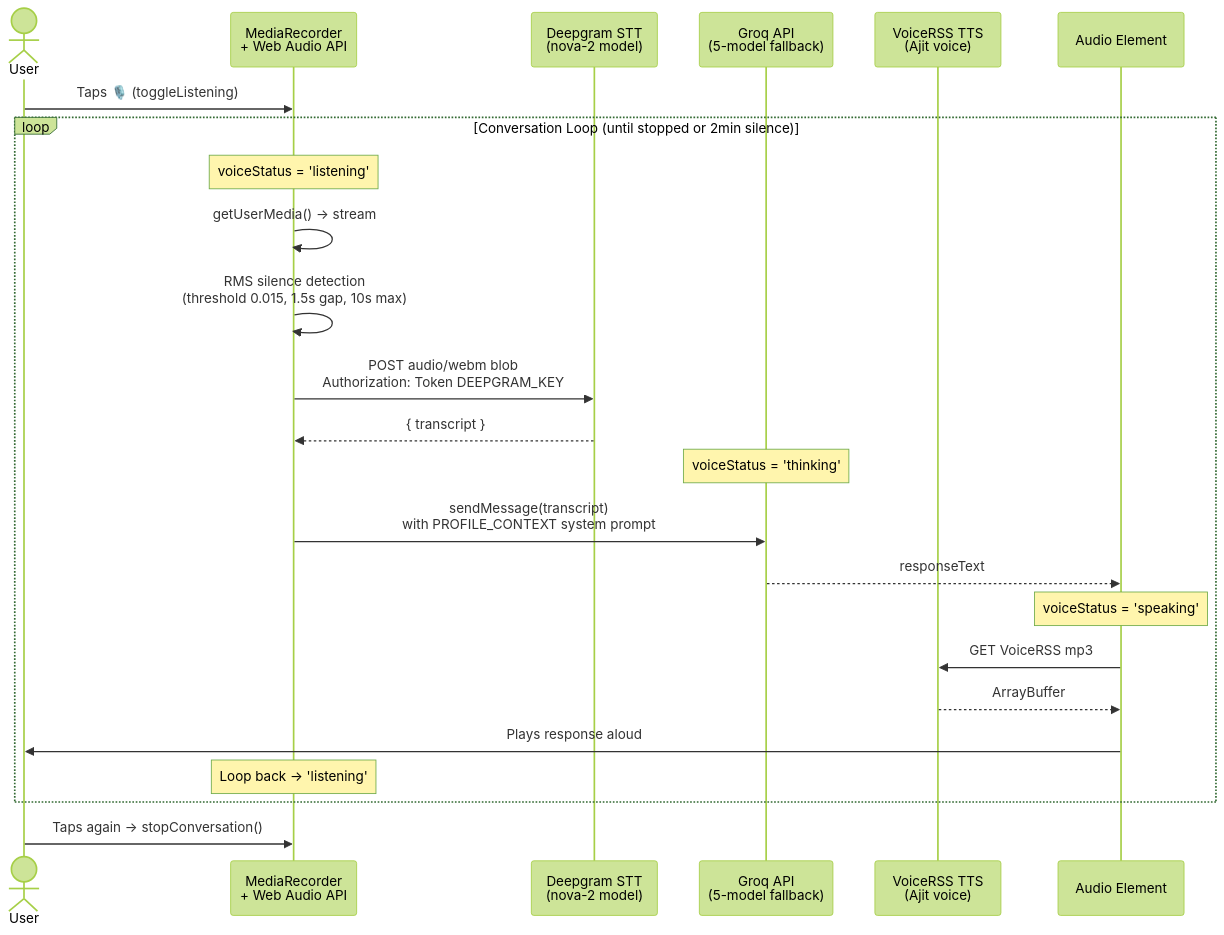
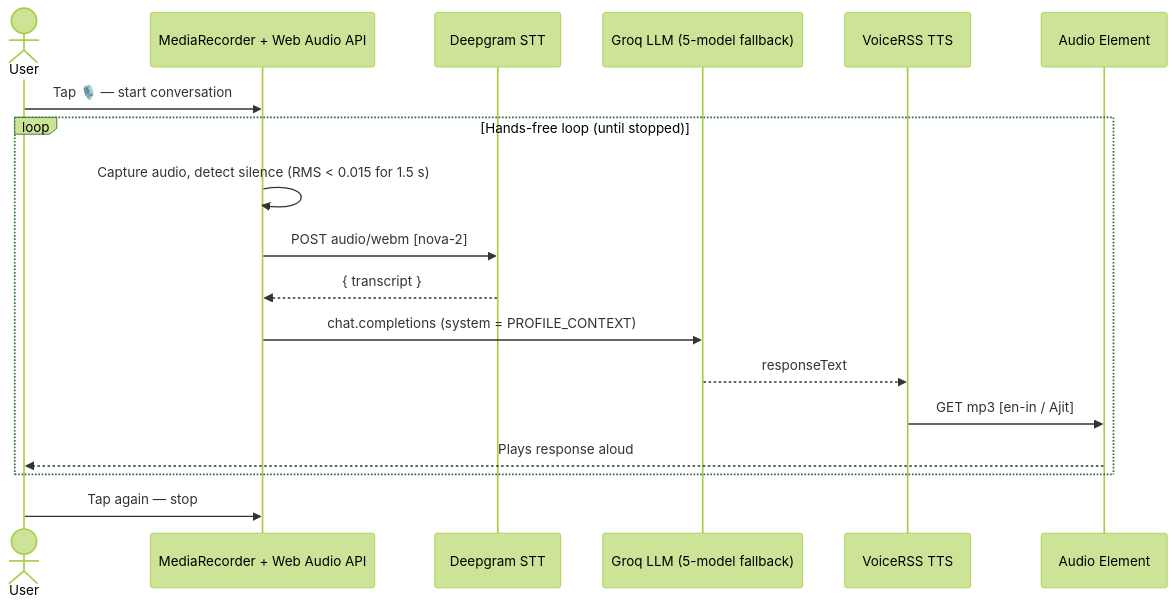
Before and after one commit to ramanathanmurugappan/portfolio-websites: the second of 2 diagrams in ARCHITECTURE.md, drawn with Mermaid (forest theme). The commit also changed other lines of this file and 2 other files, not shown here.

First line of the commit message:
docs: add architecture diagram image to README, clean up ARCHITECTURE.md

````diff
--- a/ARCHITECTURE.md
+++ b/ARCHITECTURE.md
@@ -146,27 +83,21 @@
 ```mermaid
 sequenceDiagram
     actor User
-    participant Mic as MediaRecorder<br/>+ Web Audio API
-    participant DG as Deepgram STT<br/>(nova-2 model)
-    participant Groq as Groq API<br/>(5-model fallback)
-    participant TTS as VoiceRSS TTS<br/>(Ajit voice)
-    participant Audio as Audio Element
+    participant Mic  as MediaRecorder + Web Audio API
+    participant DG   as Deepgram STT
+    participant Groq as Groq LLM (5-model fallback)
+    participant TTS  as VoiceRSS TTS
+    participant Spkr as Audio Element
 
-    User->>Mic: Taps 🎙️ (toggleListening)
-    loop Conversation Loop (until stopped or 2min silence)
-        Note over Mic: voiceStatus = 'listening'
-        Mic->>Mic: getUserMedia() → stream
-        Mic->>Mic: RMS silence detection<br/>(threshold 0.015, 1.5s gap, 10s max)
-        Mic->>DG: POST audio/webm blob<br/>Authorization: Token DEEPGRAM_KEY
-        DG-->>Mic: { transcript }
-        Note over Groq: voiceStatus = 'thinking'
-        Mic->>Groq: sendMessage(transcript)<br/>with PROFILE_CONTEXT system prompt
-        Groq-->>Audio: responseText
-        Note over Audio: voiceStatus = 'speaking'
-        Audio->>TTS: GET VoiceRSS mp3
-        TTS-->>Audio: ArrayBuffer
-        Audio->>User: Plays response aloud
-        Note over Mic: Loop back → 'listening'
+    User  ->> Mic  : Tap 🎙️ — start conversation
+    loop Hands-free loop (until stopped)
+        Mic   ->> Mic  : Capture audio, detect silence (RMS < 0.015 for 1.5 s)
+        Mic   ->> DG   : POST audio/webm  [nova-2]
+        DG  -->> Mic   : { transcript }
+        Mic   ->> Groq : chat.completions (system = PROFILE_CONTEXT)
+        Groq-->> TTS   : responseText
+        TTS   ->> Spkr : GET mp3  [en-in / Ajit]
+        Spkr-->> User  : Plays response aloud
     end
-    User->>Mic: Taps again → stopConversation()
+    User  ->> Mic  : Tap again — stop
 ```
````
